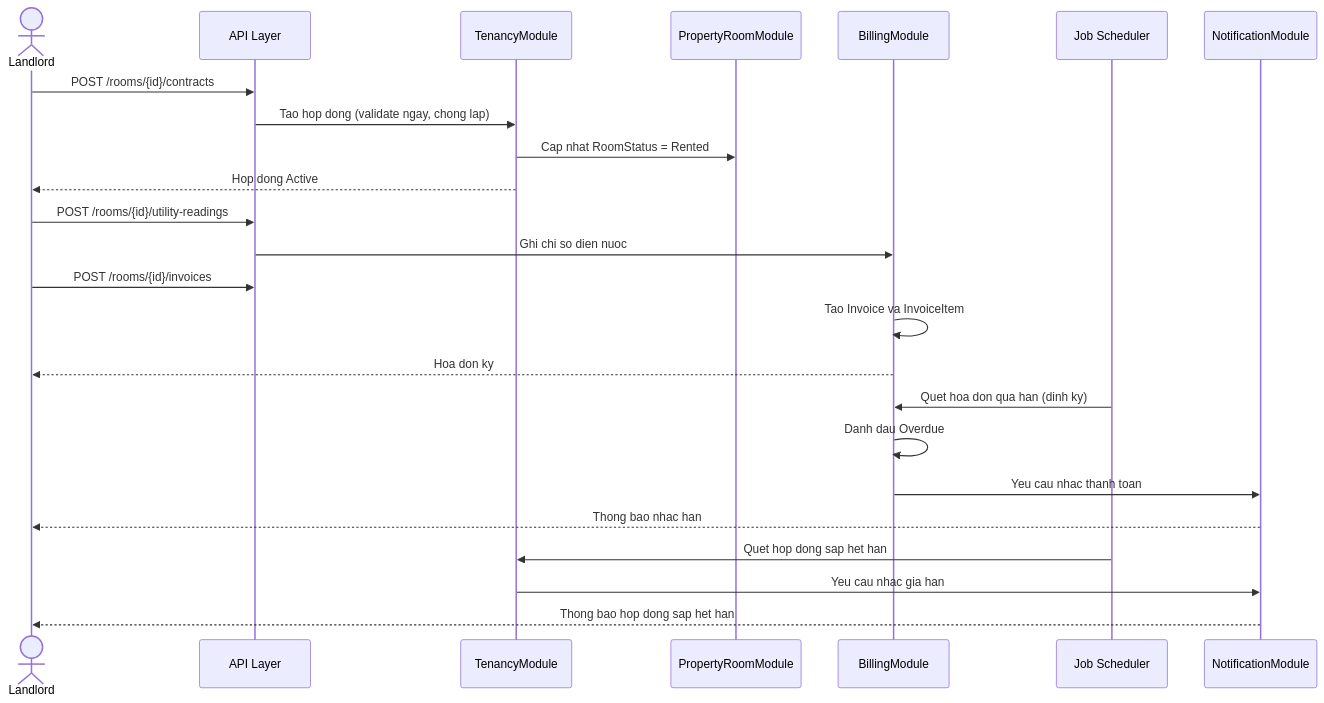
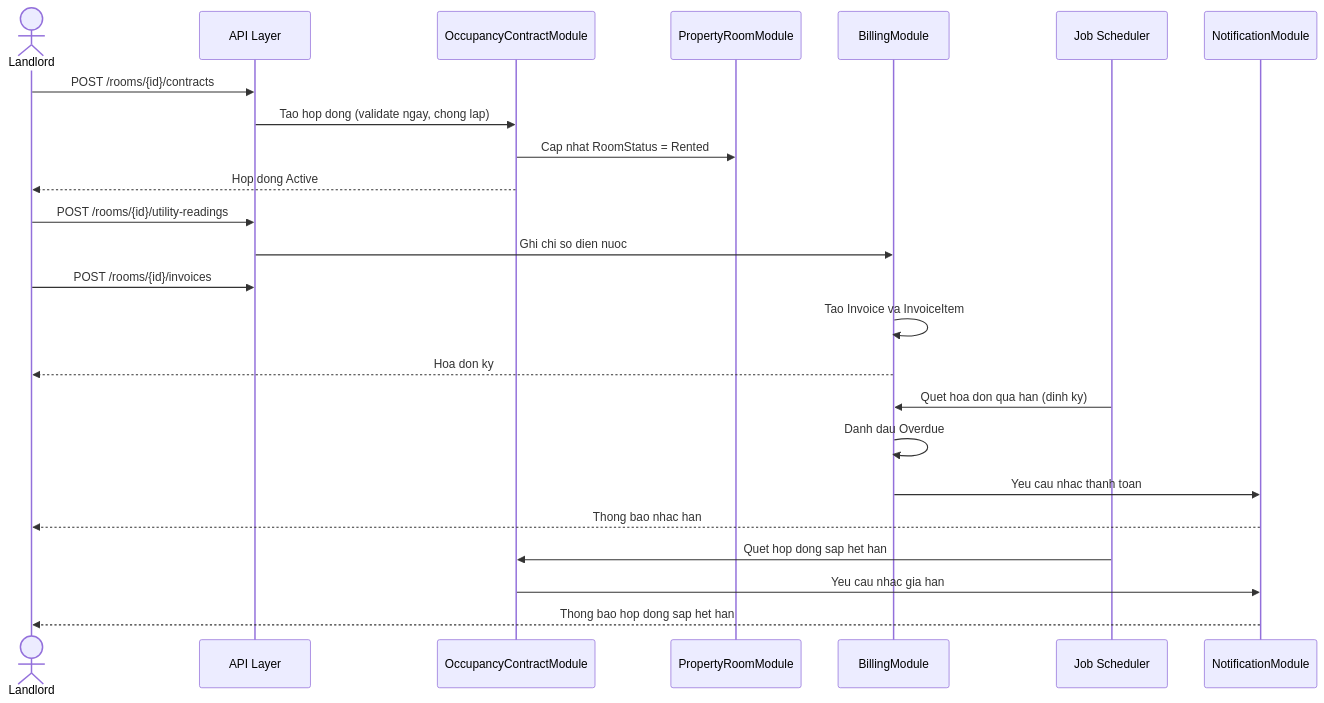
One commit to levanthai281005/tro-nhanh changed the sixth of 8 diagrams in docs/spec/kien-truc-he-thong.md. Above: the diagram before and after it, drawn with Mermaid. The commit also changed other lines of this file and 1 other file, not shown here.

````diff
--- a/docs/spec/kien-truc-he-thong.md
+++ b/docs/spec/kien-truc-he-thong.md
@@ -612,26 +612,26 @@
 ```mermaid
 sequenceDiagram
     actor Landlord
     participant API as API Layer
-    participant TS as TenancyModule
+    participant TS as OccupancyContractModule
     participant PRS as PropertyRoomModule
     participant BS as BillingModule
     participant JOB as Job Scheduler
     participant NS as NotificationModule
     Landlord->>API: POST /rooms/{id}/contracts
     API->>TS: Tao hop dong (validate ngay, chong lap)
     TS->>PRS: Cap nhat RoomStatus = Rented
     TS-->>Landlord: Hop dong Active
     Landlord->>API: POST /rooms/{id}/utility-readings
     API->>BS: Ghi chi so dien nuoc
     Landlord->>API: POST /rooms/{id}/invoices
     BS->>BS: Tao Invoice va InvoiceItem
     BS-->>Landlord: Hoa don ky
     JOB->>BS: Quet hoa don qua han (dinh ky)
     BS->>BS: Danh dau Overdue
     BS->>NS: Yeu cau nhac thanh toan
     NS-->>Landlord: Thong bao nhac han
     JOB->>TS: Quet hop dong sap het han
     TS->>NS: Yeu cau nhac gia han
     NS-->>Landlord: Thong bao hop dong sap het han
 ```
````
